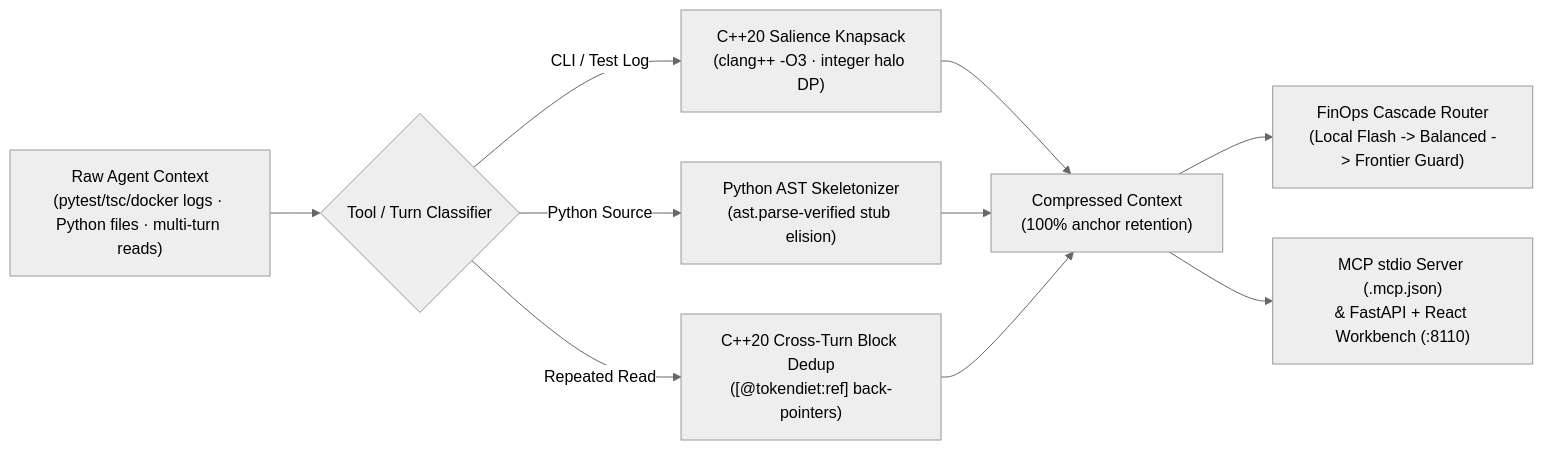
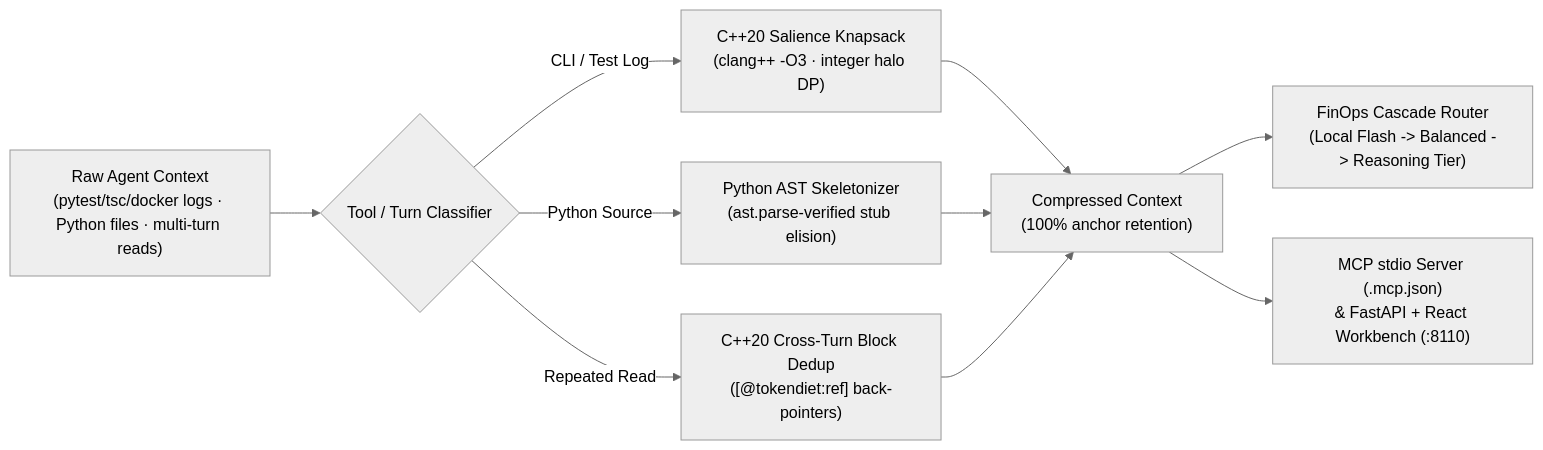
One commit to nagarjunak-pixel/tokendiet changed the diagram in README.md. Above: the diagram before and after it, drawn with Mermaid (neutral theme). The commit also changed other lines of this file, not shown here.

````diff
--- a/README.md
+++ b/README.md
@@ -17,12 +17,12 @@
 ```mermaid
 flowchart LR
     Raw["Raw Agent Context<br/>(pytest/tsc/docker logs · Python files · multi-turn reads)"] --> Split{"Tool / Turn Classifier"}
     Split -->|CLI / Test Log| CppKnapsack["C++20 Salience Knapsack<br/>(clang++ -O3 · integer halo DP)"]
     Split -->|Python Source| ASTSkel["Python AST Skeletonizer<br/>(ast.parse-verified stub elision)"]
     Split -->|Repeated Read| CppDedup["C++20 Cross-Turn Block Dedup<br/>([@tokendiet:ref] back-pointers)"]
     CppKnapsack --> Diet["Compressed Context<br/>(100% anchor retention)"]
     ASTSkel --> Diet
     CppDedup --> Diet
-    Diet --> Router["FinOps Cascade Router<br/>(Local Flash -> Balanced -> Frontier Guard)"]
+    Diet --> Router["FinOps Cascade Router<br/>(Local Flash -> Balanced -> Reasoning Tier)"]
     Diet --> MCP["MCP stdio Server (.mcp.json)<br/>& FastAPI + React Workbench (:8110)"]
 ```
````
